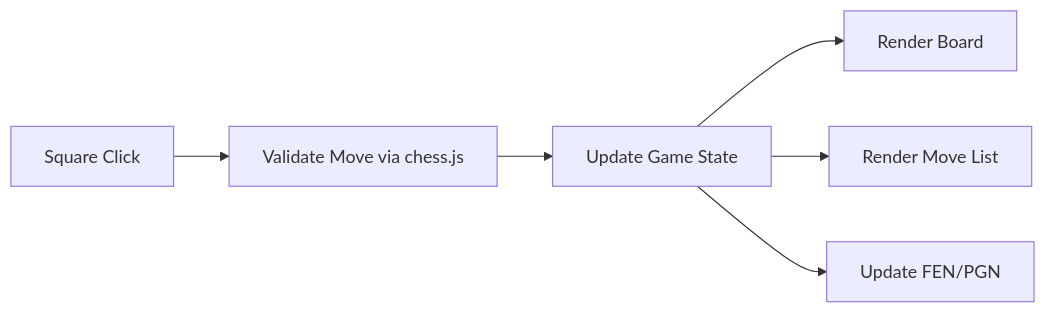
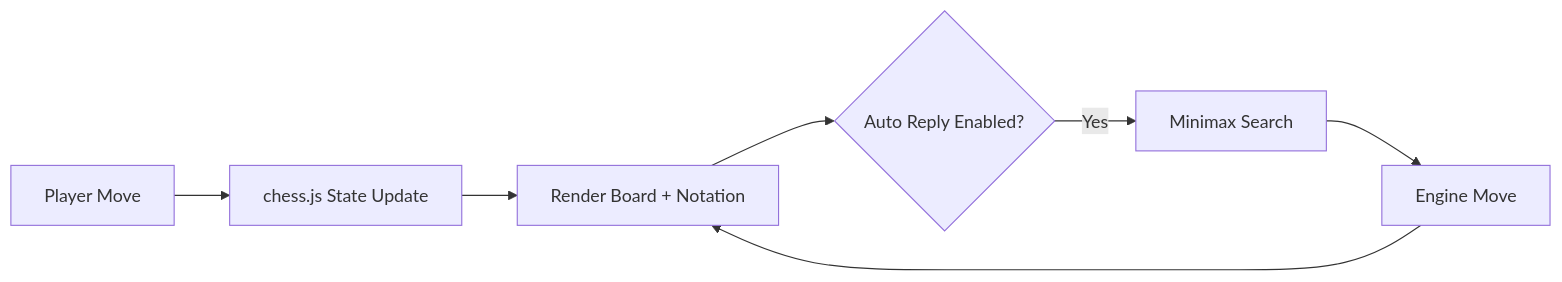
The diagram in README.md (abhikhur27/abhi-chess-engine), drawn with Mermaid before and after one commit. The commit also changed other lines of this file and 3 other files, not shown here.

Commit message:
feat: rebrand to Abhi Chess Engine and add in-browser minimax controls

````diff
--- a/README.md
+++ b/README.md
@@ -23,8 +28,9 @@
 ```mermaid
 flowchart LR
-  A[Square Click] --> B[Validate Move via chess.js]
-  B --> C[Update Game State]
-  C --> D[Render Board]
-  C --> E[Render Move List]
-  C --> F[Update FEN/PGN]
+  A[Player Move] --> B[chess.js State Update]
+  B --> C[Render Board + Notation]
+  C --> D{Auto Reply Enabled?}
+  D -->|Yes| E[Minimax Search]
+  E --> F[Engine Move]
+  F --> C
 ```
````
